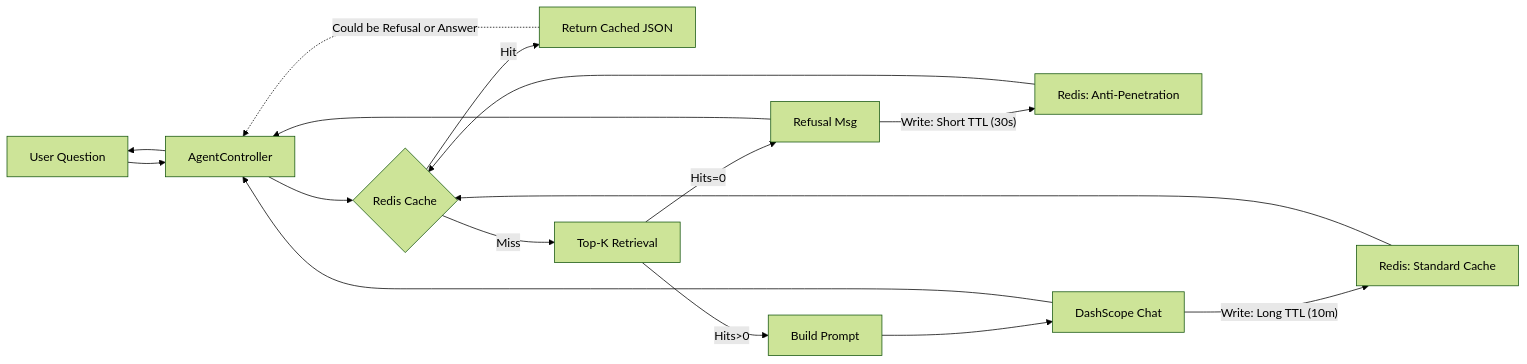
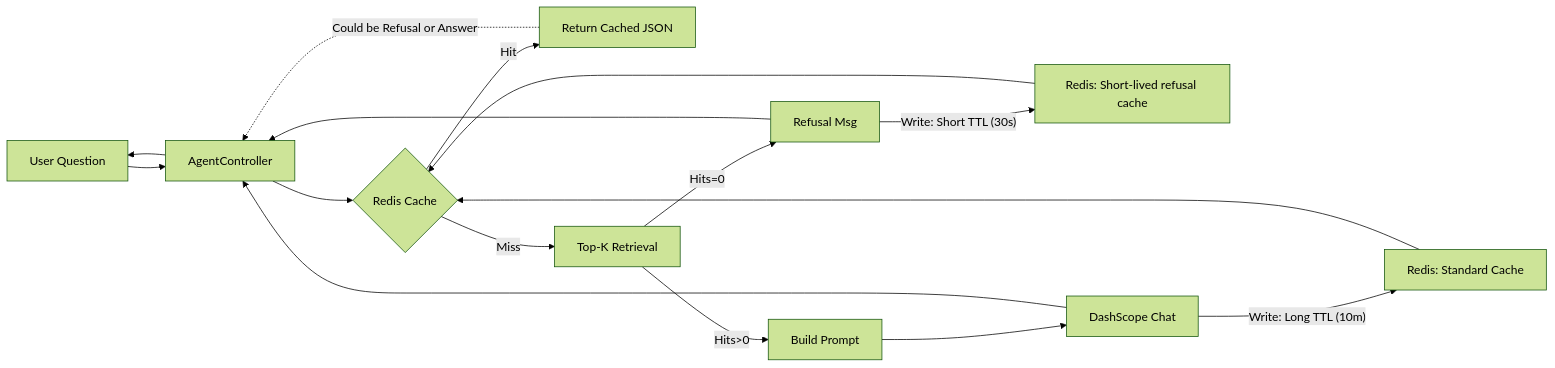
One commit to ChenHongshan333/Netease-music-agent-backend-demo changed the diagram in README.md. Above: the diagram before and after it, drawn with Mermaid (forest theme). The commit also changed other lines of this file, not shown here.

First line of the commit message:
Refine README flowchart and curl command examples

````diff
--- a/README.md
+++ b/README.md
@@ -66,28 +66,28 @@
 ```mermaid
 flowchart LR
   U[User Question] --> C[AgentController]
   C --> KV{Redis Cache}
 
-  %% Read Path: Blind Return
+  %% Read Path: Cache Hit
   KV -- Hit --> H[Return Cached JSON]
   H -.->|Could be Refusal or Answer| C
 
-  %% Write Path: Split Logic
+  %% Write Path: Cache Miss -> Split Logic
   KV -- Miss --> R[Top-K Retrieval]
 
   %% Branch 1: No Knowledge (Refusal)
   R -- Hits=0 --> Z[Refusal Msg]
-  Z -- "Write: Short TTL (30s)" --> W1[Redis: Anti-Penetration]
+  Z -- "Write: Short TTL (30s)" --> W1[Redis: Short-lived refusal cache]
   W1 --> KV
   Z --> C
 
   %% Branch 2: Knowledge Found (Answer)
   R -- Hits>0 --> P[Build Prompt]
   P --> L[DashScope Chat]
   L -- "Write: Long TTL (10m)" --> W2[Redis: Standard Cache]
   W2 --> KV
   L --> C
 
   C --> U
 
 ```
````
